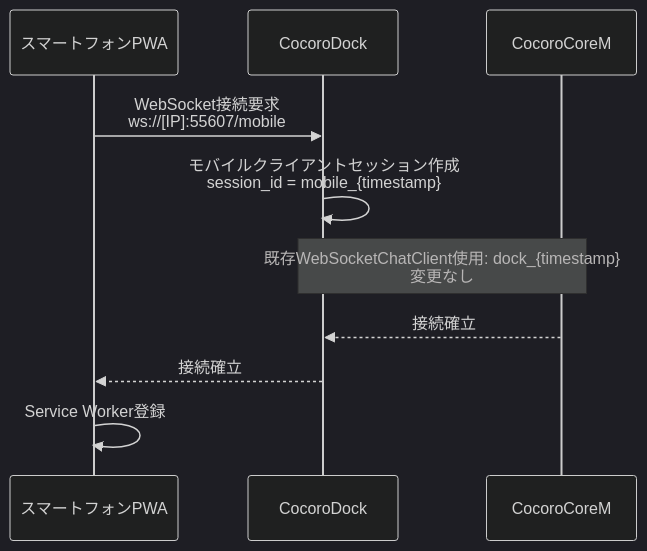
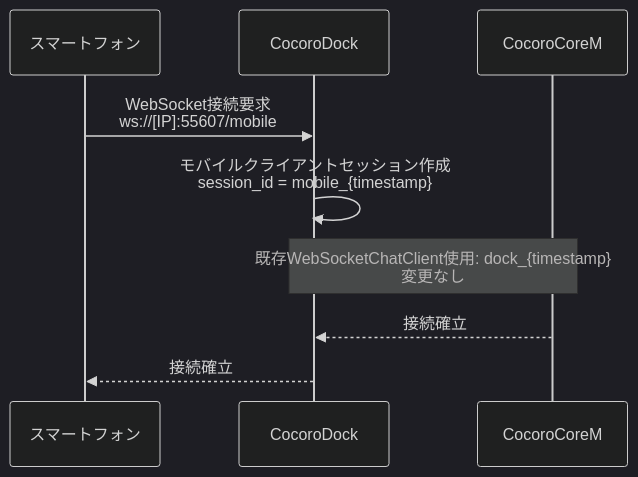
The first of 6 diagrams in docs/CocoroAI_Web対応処理シーケンス.md (hirona98/CocoroCoreM), drawn with Mermaid (dark theme) before and after one commit. The commit also changed other lines of this file and 1 other file, not shown here.

````diff
--- a/docs/CocoroAI_Web対応処理シーケンス.md
+++ b/docs/CocoroAI_Web対応処理シーケンス.md
@@ -41,13 +41,12 @@
 ```mermaid
 sequenceDiagram
-    participant PWA as スマートフォンPWA
+    participant ブラウザ as スマートフォン
     participant Dock as CocoroDock
     participant Core as CocoroCoreM
     
-    PWA->>Dock: WebSocket接続要求<br/>ws://[IP]:55607/mobile
+    ブラウザ->>Dock: WebSocket接続要求<br/>ws://[IP]:55607/mobile
     Dock->>Dock: モバイルクライアントセッション作成<br/>session_id = mobile_{timestamp}
     Note over Dock,Core: 既存WebSocketChatClient使用: dock_{timestamp}<br/>変更なし
     Core-->>Dock: 接続確立
-    Dock-->>PWA: 接続確立
-    PWA->>PWA: Service Worker登録
+    Dock-->>ブラウザ: 接続確立
 ```
````
